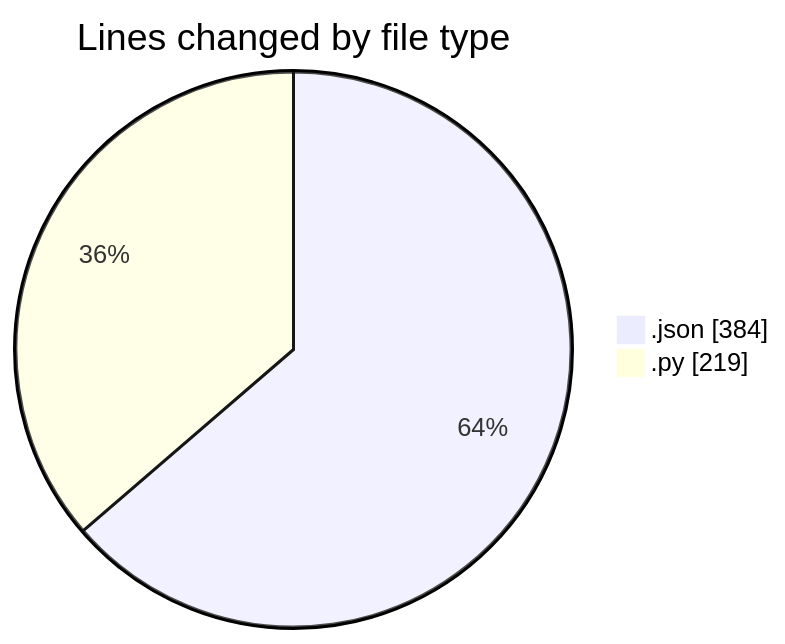
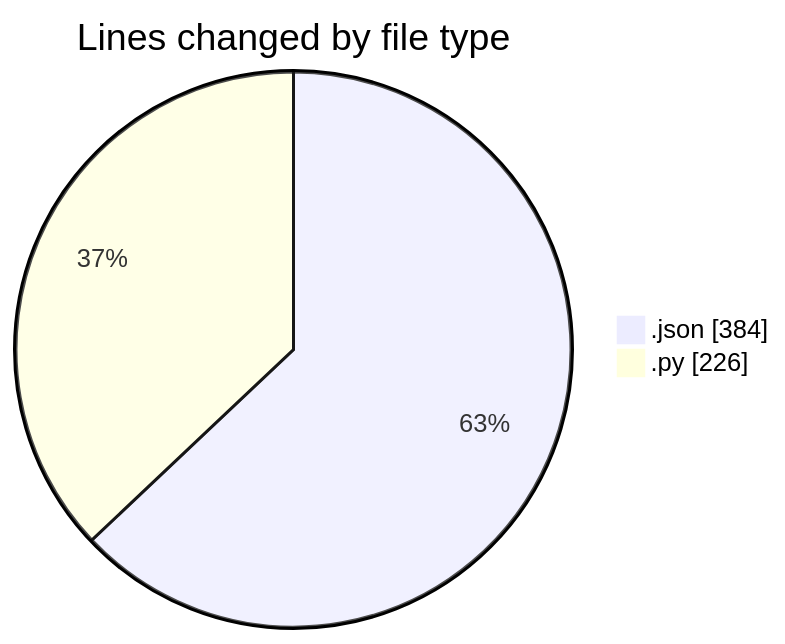
The first of 2 diagrams in 2026-01-02/dsa/README.md (Ritupan-Deka/code-tracking), drawn with Mermaid before and after one commit. The commit also changed other lines of this file and 1 other file, not shown here.

````diff
--- a/2026-01-02/dsa/README.md
+++ b/2026-01-02/dsa/README.md
@@ -22,6 +22,6 @@
 ```mermaid
 pie showData
 title Lines changed by file type
 ".json" : 384
-".py" : 219
+".py" : 226
 ```
````
